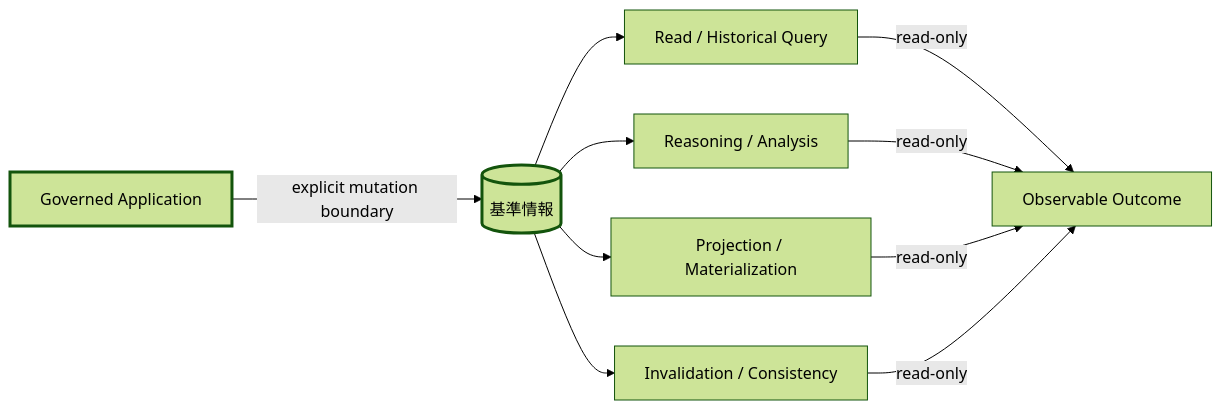
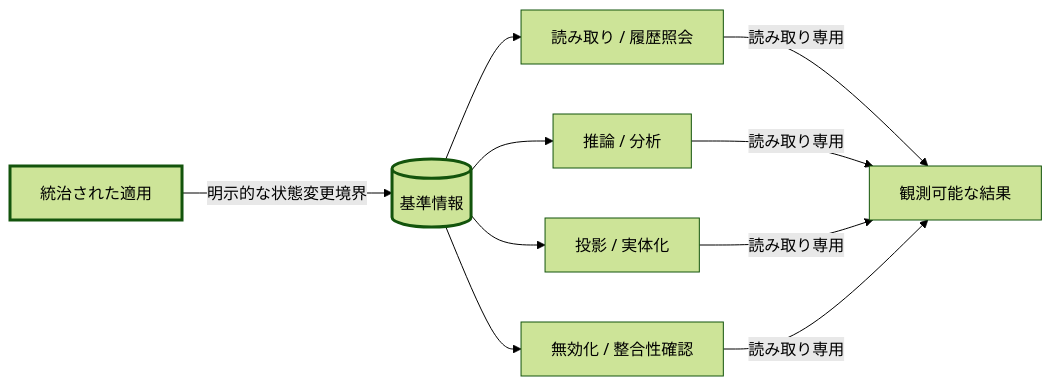
One commit to miumigy/scm-ontology changed the fifth of 6 diagrams in README.ja.md. Above: the diagram before and after it, drawn with Mermaid (forest theme). The commit also changed other lines of this file, not shown here.

````diff
--- a/README.ja.md
+++ b/README.ja.md
@@ -174,22 +174,22 @@
 ```mermaid
 flowchart LR
-    READ[Read / Historical Query]
-    REASON[Reasoning / Analysis]
-    PROJ[Projection / Materialization]
-    INV[Invalidation / Consistency]
-    WRITE[Governed Application]
+    READ[読み取り / 履歴照会]
+    REASON[推論 / 分析]
+    PROJ[投影 / 実体化]
+    INV[無効化 / 整合性確認]
+    WRITE[統治された適用]
     CANON[(基準情報)]
 
     CANON --> READ
     CANON --> REASON
     CANON --> PROJ
     CANON --> INV
-    READ -->|read-only| OUT[Observable Outcome]
-    REASON -->|read-only| OUT
-    PROJ -->|read-only| OUT
-    INV -->|read-only| OUT
-    WRITE -->|explicit mutation boundary| CANON
+    READ -->|読み取り専用| OUT[観測可能な結果]
+    REASON -->|読み取り専用| OUT
+    PROJ -->|読み取り専用| OUT
+    INV -->|読み取り専用| OUT
+    WRITE -->|明示的な状態変更境界| CANON
 
     style WRITE stroke-width:3px
     style CANON stroke-width:3px
 ```
````
